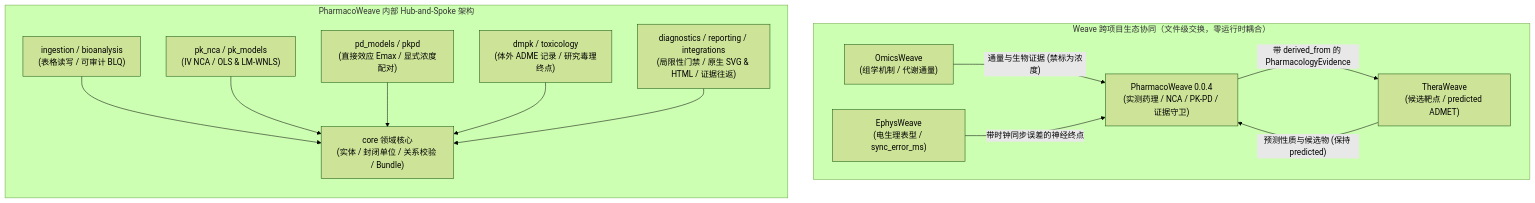
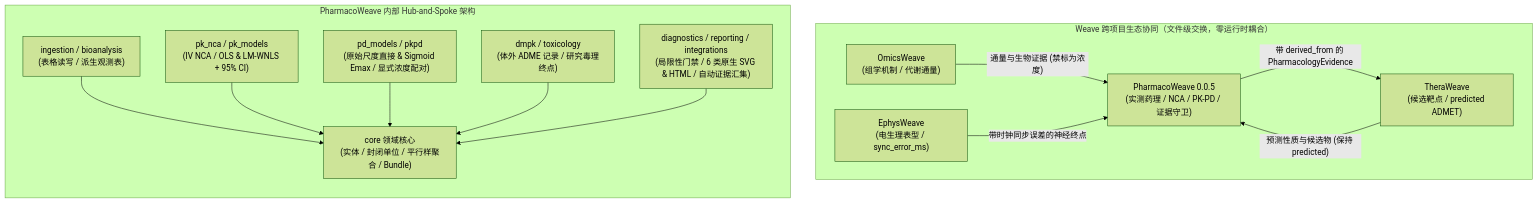
Before and after one commit to JianyunZhang/PharmacoWeave: the first of 2 diagrams in docs/project-evaluation.md, drawn with Mermaid (forest theme). The commit also changed other lines of this file and 51 other files, not shown here.

````diff
--- a/docs/project-evaluation.md
+++ b/docs/project-evaluation.md
@@ -29,23 +27,23 @@
 ```mermaid
 flowchart TB
     subgraph Ecosystem ["Weave 跨项目生态协同（文件级交换，零运行时耦合）"]
         OW["OmicsWeave<br/>(组学机制 / 代谢通量)"]
         TW["TheraWeave<br/>(候选靶点 / predicted ADMET)"]
         EW["EphysWeave<br/>(电生理表型 / sync_error_ms)"]
-        PW["PharmacoWeave 0.0.4<br/>(实测药理 / NCA / PK-PD / 证据守卫)"]
+        PW["PharmacoWeave 0.0.5<br/>(实测药理 / NCA / PK-PD / 证据守卫)"]
     end
 
     OW -->|"通量与生物证据 (禁标为浓度)"| PW
     TW -->|"预测性质与候选物 (保持 predicted)"| PW
     EW -->|"带时钟同步误差的神经终点"| PW
     PW -->|"带 derived_from 的 PharmacologyEvidence"| TW
 
     subgraph InternalArch ["PharmacoWeave 内部 Hub-and-Spoke 架构"]
         direction TB
-        Ingestion["ingestion / bioanalysis<br/>(表格读写 / 可审计 BLQ)"] --> Core["core 领域核心<br/>(实体 / 封闭单位 / 关系校验 / Bundle)"]
-        PK["pk_nca / pk_models<br/>(IV NCA / OLS & LM-WNLS)"] --> Core
-        PD["pd_models / pkpd<br/>(直接效应 Emax / 显式浓度配对)"] --> Core
+        Ingestion["ingestion / bioanalysis<br/>(表格读写 / 派生观测表)"] --> Core["core 领域核心<br/>(实体 / 封闭单位 / 平行样聚合 / Bundle)"]
+        PK["pk_nca / pk_models<br/>(IV NCA / OLS & LM-WNLS + 95% CI)"] --> Core
+        PD["pd_models / pkpd<br/>(原始尺度直接 & Sigmoid Emax / 显式浓度配对)"] --> Core
         DMPKTox["dmpk / toxicology<br/>(体外 ADME 记录 / 研究毒理终点)"] --> Core
-        DiagRep["diagnostics / reporting / integrations<br/>(局限性门禁 / 原生 SVG & HTML / 证据往返)"] --> Core
+        DiagRep["diagnostics / reporting / integrations<br/>(局限性门禁 / 6 类原生 SVG & HTML / 自动证据汇集)"] --> Core
     end
 ```
````
